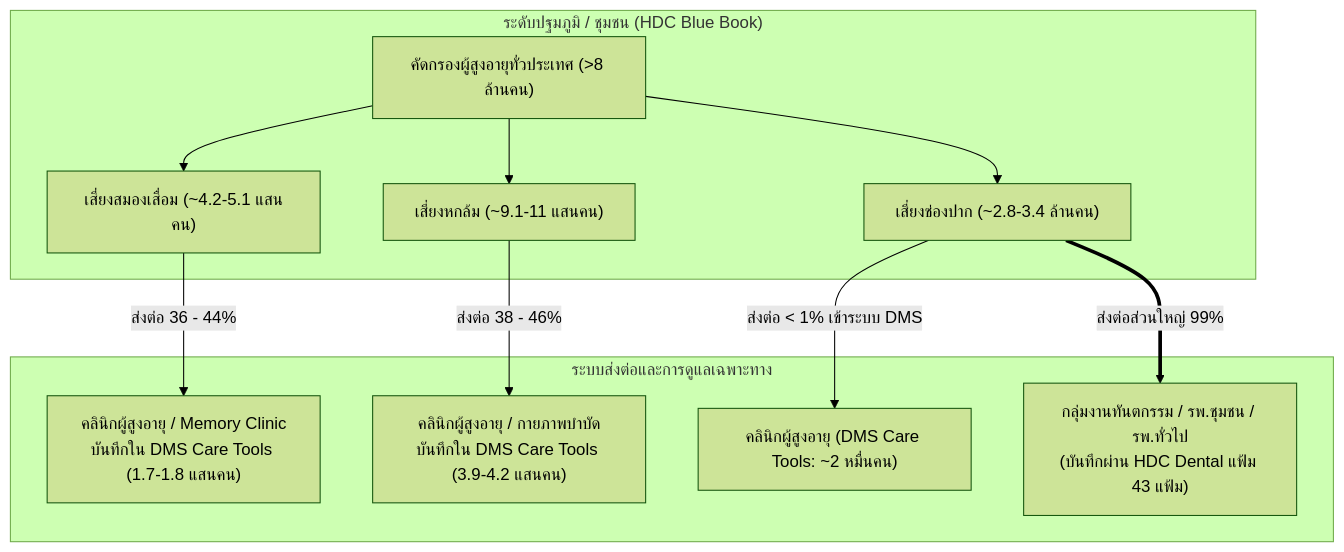
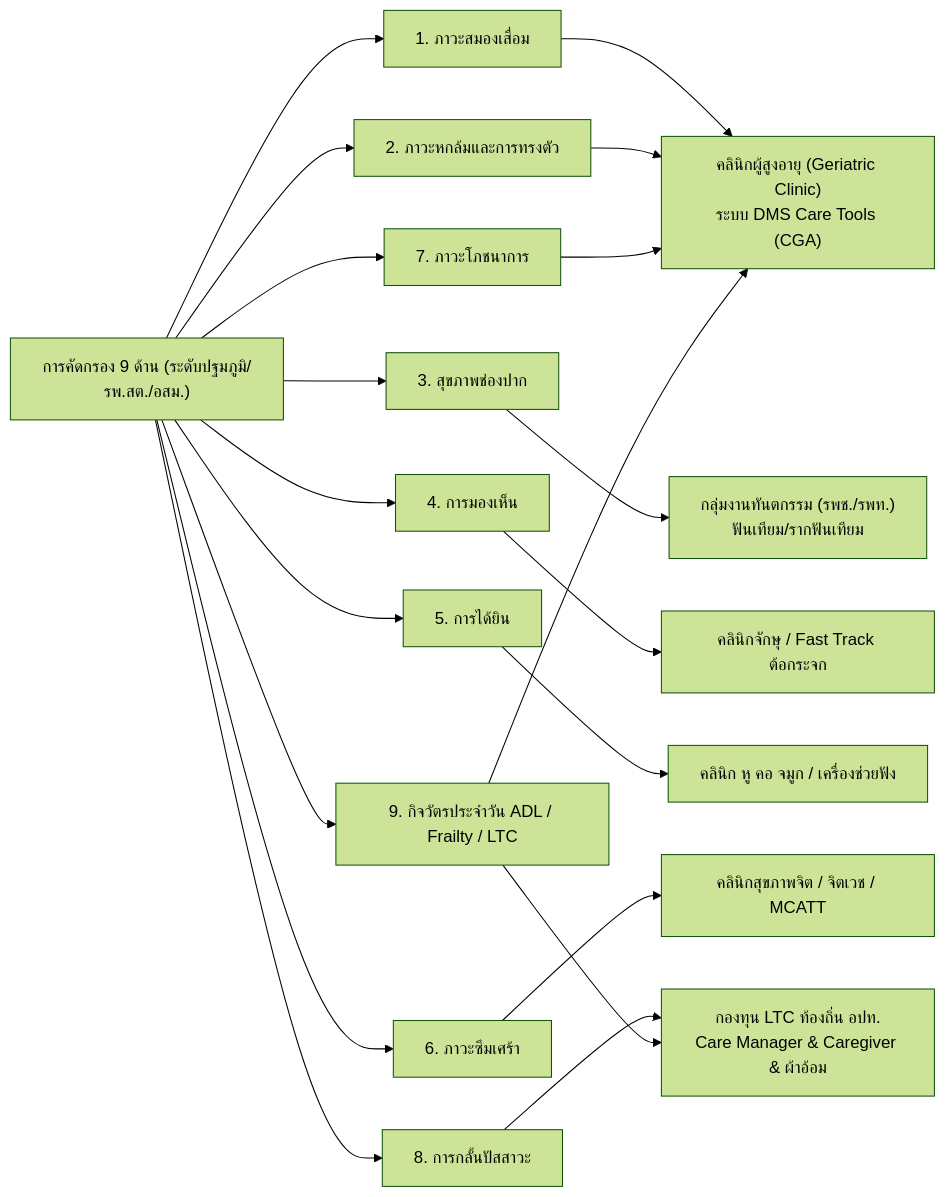
Before and after one commit to ClangxCL/Work-Work: the diagram in DMS Care elderly-population-hdc-screening-report-2566-2569.md, drawn with Mermaid (forest theme). The commit also changed other lines of this file, not shown here.

Commit message:
Update DMS Care elderly screening report with complete 9 domains (2566-2569)

````diff
--- a/DMS Care elderly-population-hdc-screening-report-2566-2569.md
+++ b/DMS Care elderly-population-hdc-screening-report-2566-2569.md
@@ -162,16 +67,21 @@
 ```mermaid
-flowchart TD
-    subgraph Primary["ระดับปฐมภูมิ / ชุมชน (HDC Blue Book)"]
-        A["คัดกรองผู้สูงอายุทั่วประเทศ (>8 ล้านคน)"]
-        A --> R1["เสี่ยงสมองเสื่อม (~4.2-5.1 แสนคน)"]
-        A --> R2["เสี่ยงหกล้ม (~9.1-11 แสนคน)"]
-        A --> R3["เสี่ยงช่องปาก (~2.8-3.4 ล้านคน)"]
-    end
+flowchart LR
+    Screening["การคัดกรอง 9 ด้าน (ระดับปฐมภูมิ/รพ.สต./อสม.)"]
     
-    subgraph Referral["ระบบส่งต่อและการดูแลเฉพาะทาง"]
-        R1 -->|"ส่งต่อ 36 - 44%"| D1["คลินิกผู้สูงอายุ / Memory Clinic<br/>บันทึกใน DMS Care Tools (1.7-1.8 แสนคน)"]
-        R2 -->|"ส่งต่อ 38 - 46%"| D2["คลินิกผู้สูงอายุ / กายภาพบำบัด<br/>บันทึกใน DMS Care Tools (3.9-4.2 แสนคน)"]
-        R3 -->|"ส่งต่อ < 1% เข้าระบบ DMS"| D3["คลินิกผู้สูงอายุ (DMS Care Tools: ~2 หมื่นคน)"]
-        R3 ==>|"ส่งต่อส่วนใหญ่ 99%"| Dental["กลุ่มงานทันตกรรม / รพ.ชุมชน / รพ.ทั่วไป<br/>(บันทึกผ่าน HDC Dental แฟ้ม 43 แฟ้ม)"]
-    end
+    Screening --> D1["1. ภาวะสมองเสื่อม"]
+    Screening --> D2["2. ภาวะหกล้มและการทรงตัว"]
+    Screening --> D3["3. สุขภาพช่องปาก"]
+    Screening --> D4["4. การมองเห็น"]
+    Screening --> D5["5. การได้ยิน"]
+    Screening --> D6["6. ภาวะซึมเศร้า"]
+    Screening --> D7["7. ภาวะโภชนาการ"]
+    Screening --> D8["8. การกลั้นปัสสาวะ"]
+    Screening --> D9["9. กิจวัตรประจำวัน ADL / Frailty / LTC"]
+    
+    D1 & D2 & D7 & D9 --> GC["คลินิกผู้สูงอายุ (Geriatric Clinic)<br/>ระบบ DMS Care Tools (CGA)"]
+    D3 --> Dental["กลุ่มงานทันตกรรม (รพช./รพท.)<br/>ฟันเทียม/รากฟันเทียม"]
+    D4 --> Eye["คลินิกจักษุ / Fast Track ต้อกระจก"]
+    D5 --> ENT["คลินิก หู คอ จมูก / เครื่องช่วยฟัง"]
+    D6 --> Psych["คลินิกสุขภาพจิต / จิตเวช / MCATT"]
+    D8 & D9 --> LTC["กองทุน LTC ท้องถิ่น อปท.<br/>Care Manager & Caregiver & ผ้าอ้อม"]
 ```
````
